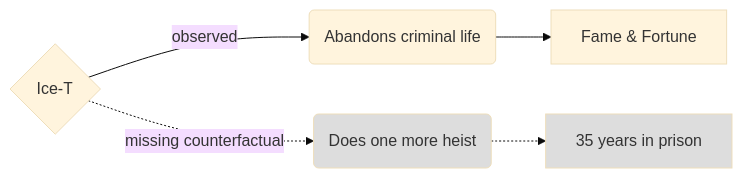
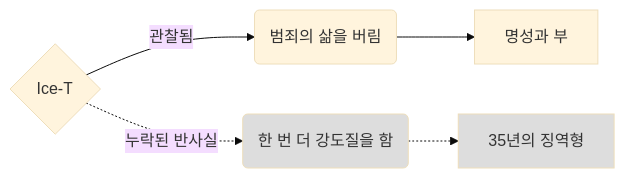
Before and after one commit to partrita/causal-inference-in-R: the first of 2 diagrams in chapters/03-po-counterfactuals.qmd, drawn with Mermaid (base theme). The commit also changed other lines of this file and 31 other files, not shown here.

````diff
--- a/chapters/03-po-counterfactuals.qmd
+++ b/chapters/03-po-counterfactuals.qmd
@@ -34,11 +34,11 @@
 ```{mermaid}
 %%| echo: false
 flowchart LR
-A{Ice-T} --> |observed| B(Abandons criminal life)
-A -.-> |missing counterfactual| C(Does one more heist)
-C -.-> D[35 years in prison]
-B --> E[Fame & Fortune]
+A{Ice-T} --> |관찰됨| B(범죄의 삶을 버림)
+A -.-> |누락된 반사실| C(한 번 더 강도질을 함)
+C -.-> D[35년의 징역형]
+B --> E[명성과 부]
 
 classDef grey fill:#ddd
 class D,C grey
 ```
````
